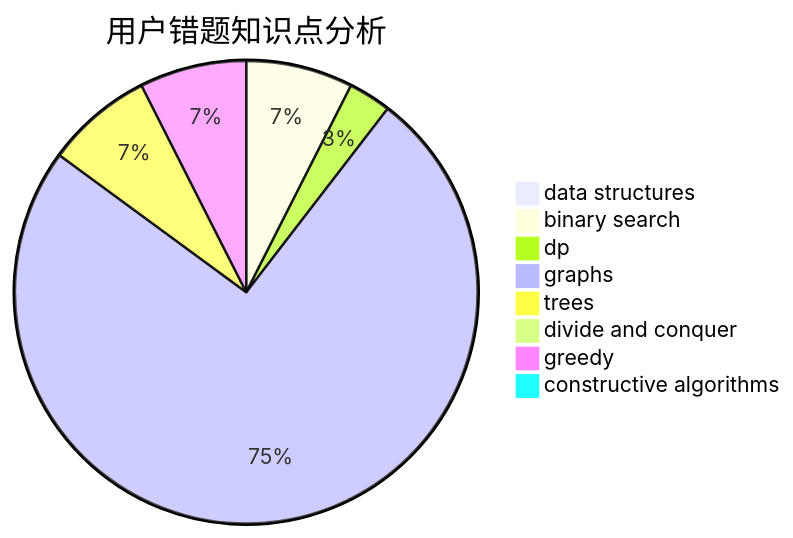
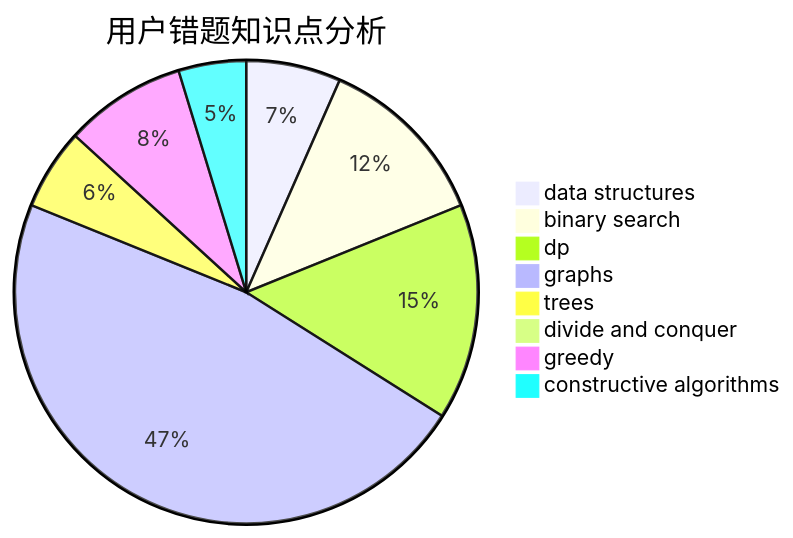
Before and after one commit to sherpahu/cfrs.github.io: the third of 3 diagrams in docs/user/u1061.md, drawn with Mermaid. The commit also changed other lines of this file and 2770 other files, not shown here.

````diff
--- a/docs/user/u1061.md
+++ b/docs/user/u1061.md
@@ -36,11 +36,11 @@
 ```mermaid
 pie title 用户错题知识点分析
-    "data structures" :  0
-    "binary search" :  5
-    "dp" :  2
+    "data structures" :  7
+    "binary search" :  13
+    "dp" :  16
     "graphs" :  50
-    "trees" :  5
-    "divide and conquer" :  0
-    "greedy" :  5
-    "constructive algorithms" :  0
+    "trees" :  6
+    "divide and conquer" :  1
+    "greedy" :  9
+    "constructive algorithms" :  5
 ```
````
